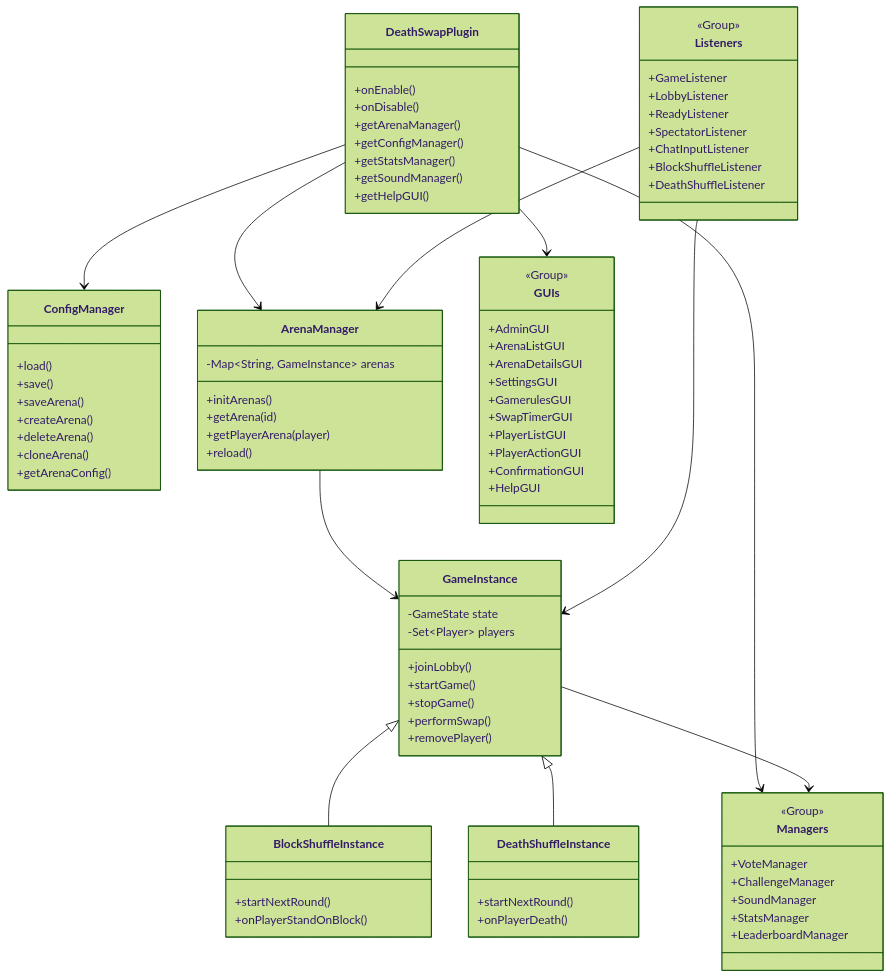
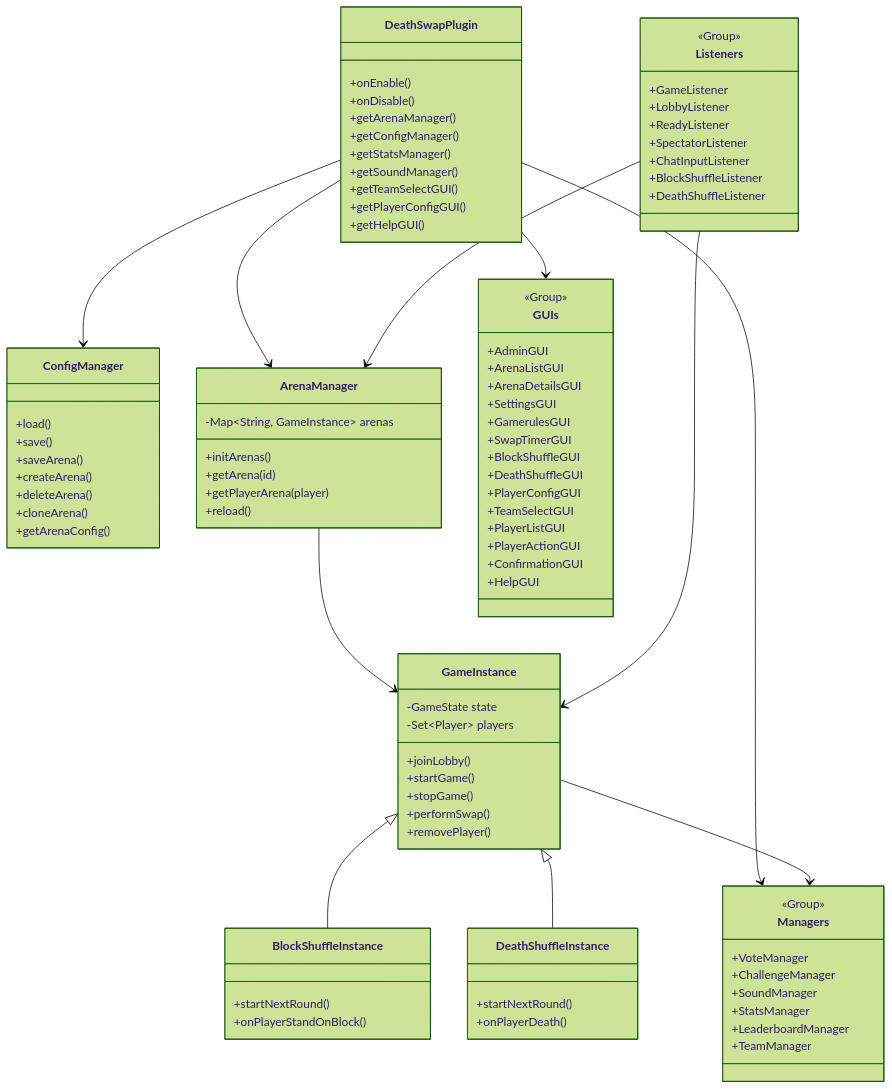
Before and after one commit to DualsFWShield/DeathSwap: the second of 2 diagrams in README.md, drawn with Mermaid (forest theme). The commit also changed other lines of this file and 6 other files, not shown here.

```diff
--- a/README.md
+++ b/README.md
@@ -615,6 +623,8 @@
         +getConfigManager()
         +getStatsManager()
         +getSoundManager()
+        +getTeamSelectGUI()
+        +getPlayerConfigGUI()
         +getHelpGUI()
     }
   
@@ -674,6 +684,7 @@
         +SoundManager
         +StatsManager
         +LeaderboardManager
+        +TeamManager
     }
   
     class GUIs {
@@ -684,6 +695,10 @@
         +SettingsGUI
         +GamerulesGUI
         +SwapTimerGUI
+        +BlockShuffleGUI
+        +DeathShuffleGUI
+        +PlayerConfigGUI
+        +TeamSelectGUI
         +PlayerListGUI
         +PlayerActionGUI
         +ConfirmationGUI
```
